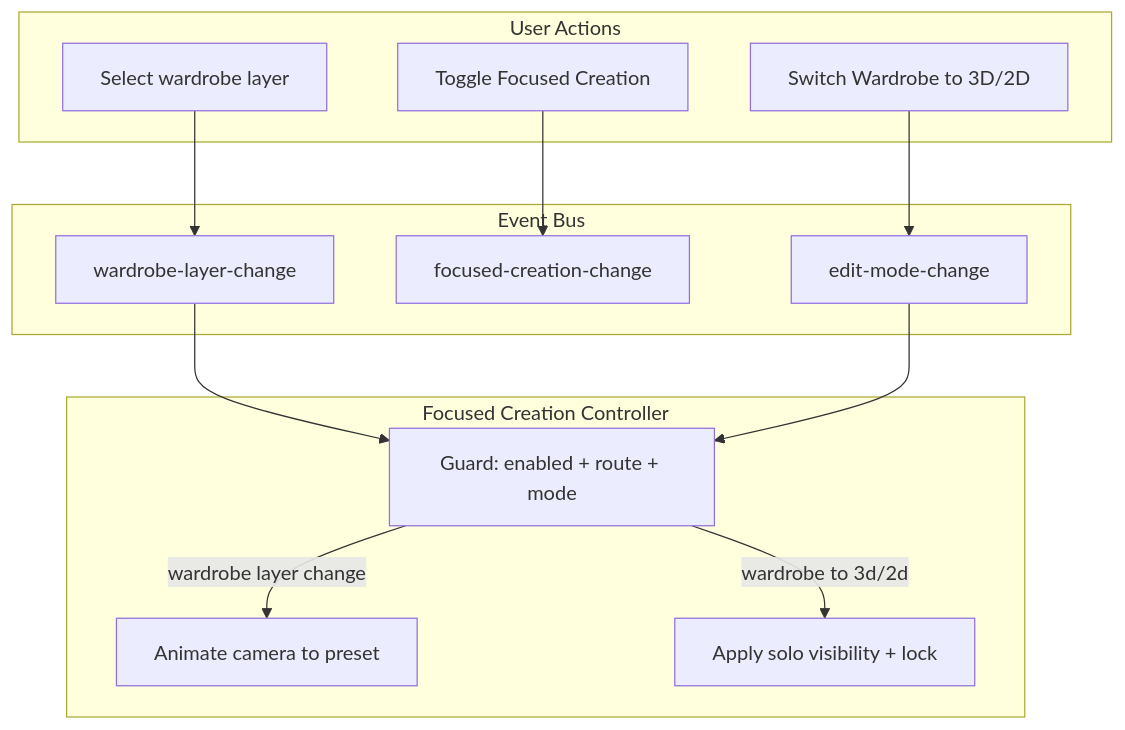
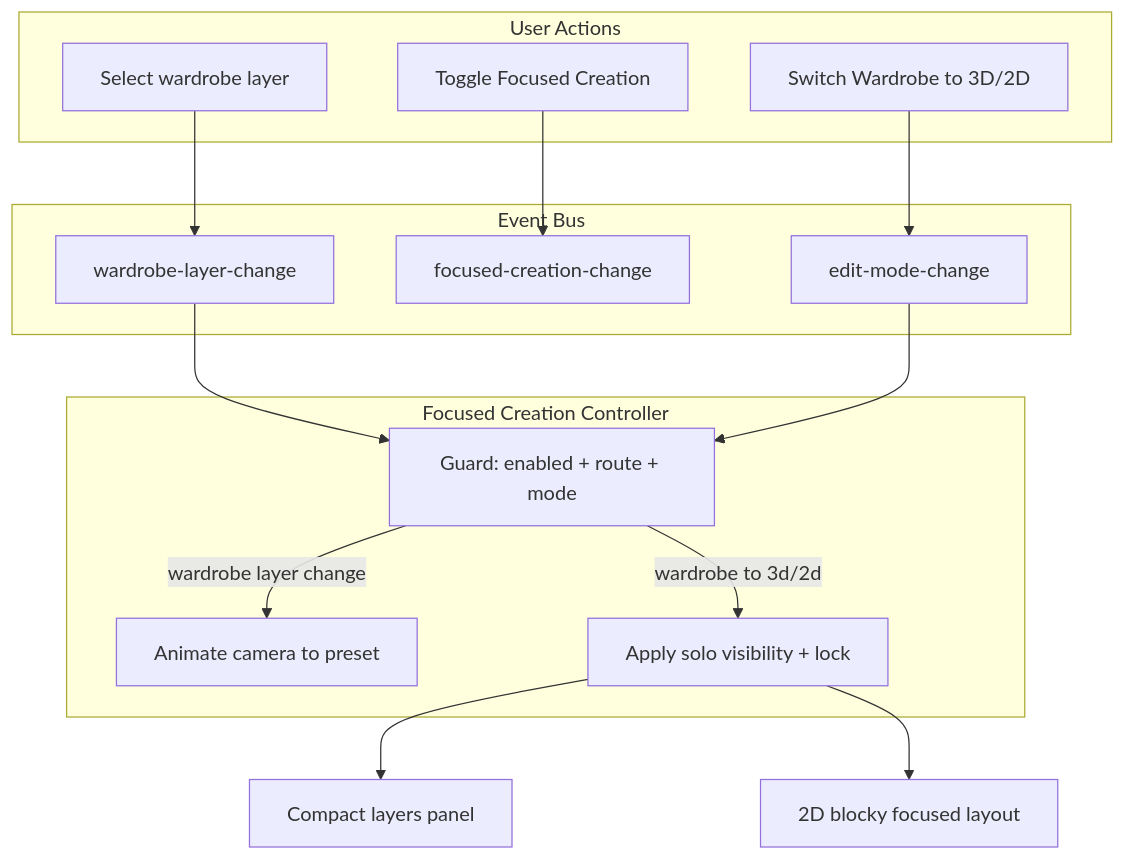
One commit to lynnvfrank/minecraft-character-editor changed the diagram in docs/plans/focused_creation_mode_41f28800.plan.md. Above: the diagram before and after it, drawn with Mermaid. The commit also changed other lines of this file and 25 other files, not shown here.

````diff
--- a/docs/plans/focused_creation_mode_41f28800.plan.md
+++ b/docs/plans/focused_creation_mode_41f28800.plan.md
@@ -24,29 +202,31 @@
 ```mermaid
 flowchart TB
   subgraph UserActions [User Actions]
     SelectLayer[Select wardrobe layer]
     ToggleMode[Toggle Focused Creation]
     ModeChange[Switch Wardrobe to 3D/2D]
   end
 
   subgraph Events [Event Bus]
     WardrobeLayerChange[wardrobe-layer-change]
     FocusedChange[focused-creation-change]
     EditModeChange[edit-mode-change]
   end
 
   subgraph Controller [Focused Creation Controller]
     Guard[Guard: enabled + route + mode]
     Camera[Animate camera to preset]
     Solo[Apply solo visibility + lock]
   end
 
   SelectLayer --> WardrobeLayerChange
   ToggleMode --> FocusedChange
   ModeChange --> EditModeChange
 
   WardrobeLayerChange --> Guard
   EditModeChange --> Guard
   Guard -->|wardrobe layer change| Camera
   Guard -->|wardrobe to 3d/2d| Solo
+  Solo --> LayersPanel[Compact layers panel]
+  Solo --> Blocky[2D blocky focused layout]
 ```
````
